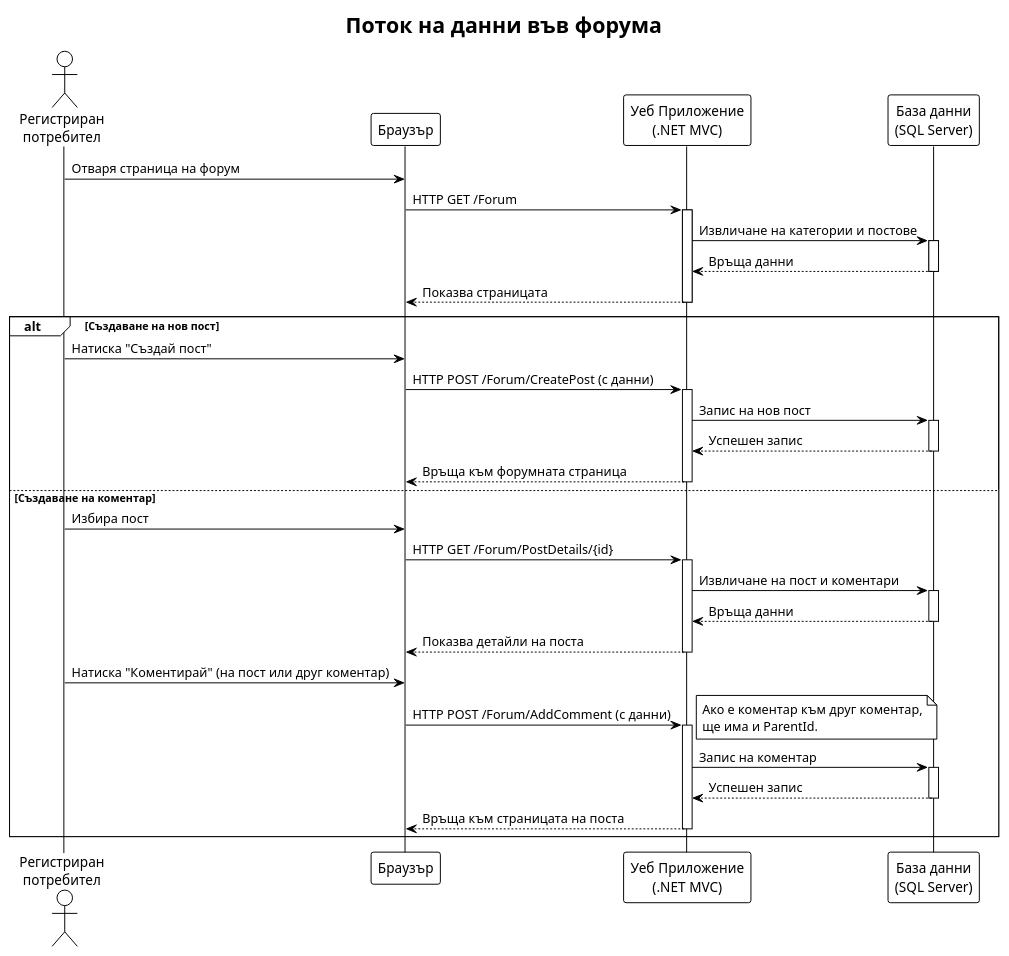
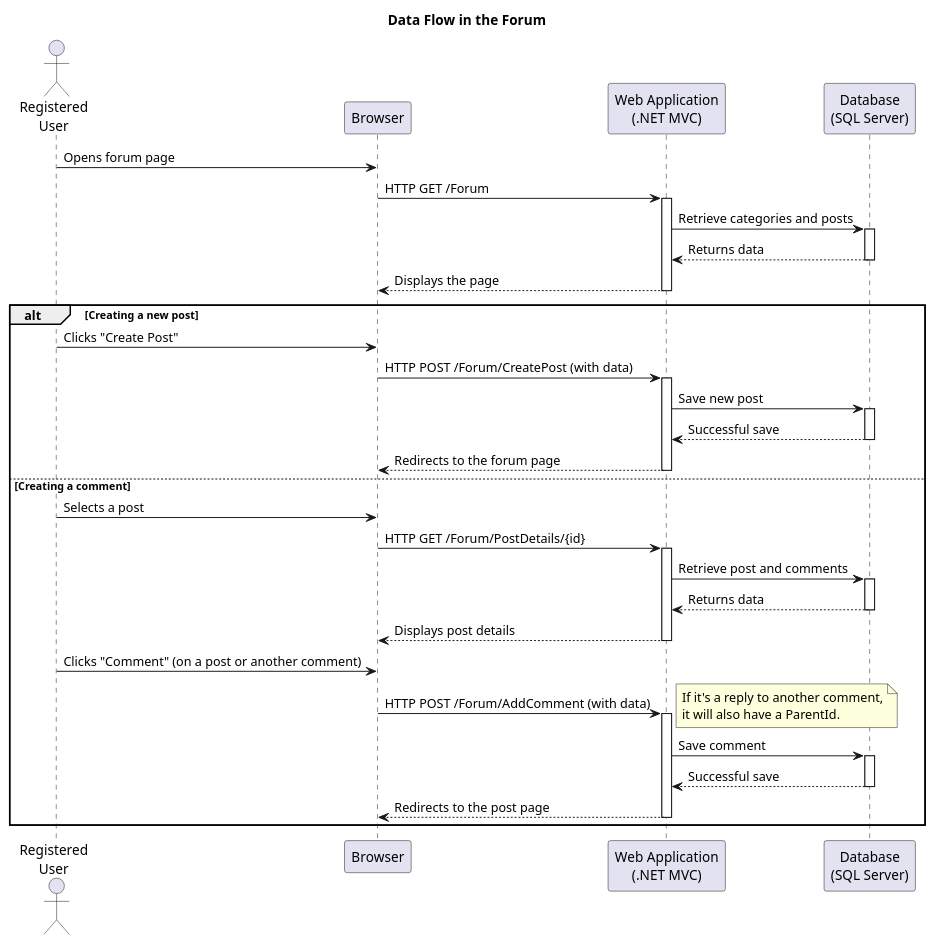
One commit to Kras13/AutoParts_ShopAndForum changed the diagram in Diagrams/5.System design/Forum.puml. Above: the diagram before and after it, drawn with PlantUML. The commit also changed 18 other files, not shown here.

Commit message:
Some diagrams.

```diff
--- a/Diagrams/5.System design/Forum.puml
+++ b/Diagrams/5.System design/Forum.puml
@@ -1,55 +1,54 @@
-@startuml
-!theme plain
-title Поток на данни във форума
+@startuml Forum
+title Data Flow in the Forum
 
-actor "Регистриран\nпотребител" as User
-participant "Браузър" as Browser
-participant "Уеб Приложение\n(.NET MVC)" as WebApp
-participant "База данни\n(SQL Server)" as DB
+actor "Registered\nUser" as User
+participant "Browser" as Browser
+participant "Web Application\n(.NET MVC)" as WebApp
+participant "Database\n(SQL Server)" as DB
 
-User -> Browser : Отваря страница на форум
+User -> Browser : Opens forum page
 Browser -> WebApp : HTTP GET /Forum
 activate WebApp
-WebApp -> DB : Извличане на категории и постове
+WebApp -> DB : Retrieve categories and posts
 activate DB
-DB --> WebApp : Връща данни
+DB --> WebApp : Returns data
 deactivate DB
-WebApp --> Browser : Показва страницата
+WebApp --> Browser : Displays the page
 deactivate WebApp
 
-alt Създаване на нов пост
-    User -> Browser : Натиска "Създай пост"
-    Browser -> WebApp : HTTP POST /Forum/CreatePost (с данни)
+alt Creating a new post
+    User -> Browser : Clicks "Create Post"
+    Browser -> WebApp : HTTP POST /Forum/CreatePost (with data)
     activate WebApp
-    WebApp -> DB : Запис на нов пост
+    WebApp -> DB : Save new post
     activate DB
-    DB --> WebApp : Успешен запис
+    DB --> WebApp : Successful save
     deactivate DB
-    WebApp --> Browser : Връща към форумната страница
+    WebApp --> Browser : Redirects to the forum page
     deactivate WebApp
-else Създаване на коментар
-    User -> Browser : Избира пост
+else Creating a comment
+    User -> Browser : Selects a post
     Browser -> WebApp : HTTP GET /Forum/PostDetails/{id}
     activate WebApp
-    WebApp -> DB : Извличане на пост и коментари
+    WebApp -> DB : Retrieve post and comments
     activate DB
-    DB --> WebApp : Връща данни
+    DB --> WebApp : Returns data
     deactivate DB
-    WebApp --> Browser : Показва детайли на поста
+    WebApp --> Browser : Displays post details
     deactivate WebApp
 
-    User -> Browser : Натиска "Коментирай" (на пост или друг коментар)
-    Browser -> WebApp : HTTP POST /Forum/AddComment (с данни)
+    User -> Browser : Clicks "Comment" (on a post or another comment)
+    Browser -> WebApp : HTTP POST /Forum/AddComment (with data)
     activate WebApp
     note right
-    Ако е коментар към друг коментар,
-    ще има и ParentId.
+    If it's a reply to another comment,
+    it will also have a ParentId.
     end note
-    WebApp -> DB : Запис на коментар
+    WebApp -> DB : Save comment
     activate DB
-    DB --> WebApp : Успешен запис
+    DB --> WebApp : Successful save
     deactivate DB
-    WebApp --> Browser : Връща към страницата на поста
+    WebApp --> Browser : Redirects to the post page
     deactivate WebApp
 end
 @enduml
```
